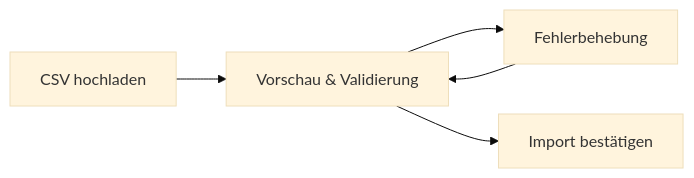
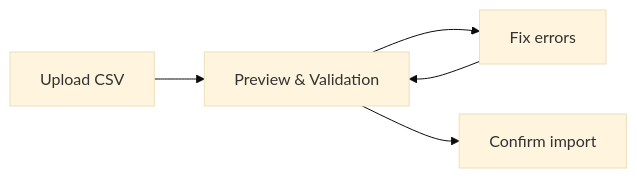
Before and after one commit to nolte/kamerplanter: the diagram in docs/de/user-guide/plant-management.md, drawn with Mermaid (base theme). The commit also changed other lines of this file and 44 other files, not shown here.

First line of the commit message:
docs: make all Mermaid diagrams spec-compliant (repo-wide sweep)

````diff
--- a/docs/de/user-guide/plant-management.md
+++ b/docs/de/user-guide/plant-management.md
@@ -208,7 +209,7 @@
 ```mermaid
 flowchart LR
-    A["CSV hochladen"] --> B["Vorschau & Validierung"]
-    B --> C["Fehlerbehebung"]
+    A["Upload CSV"] --> B["Preview & Validation"]
+    B --> C["Fix errors"]
     C --> B
-    B --> D["Import bestätigen"]
+    B --> D["Confirm import"]
 ```
````
